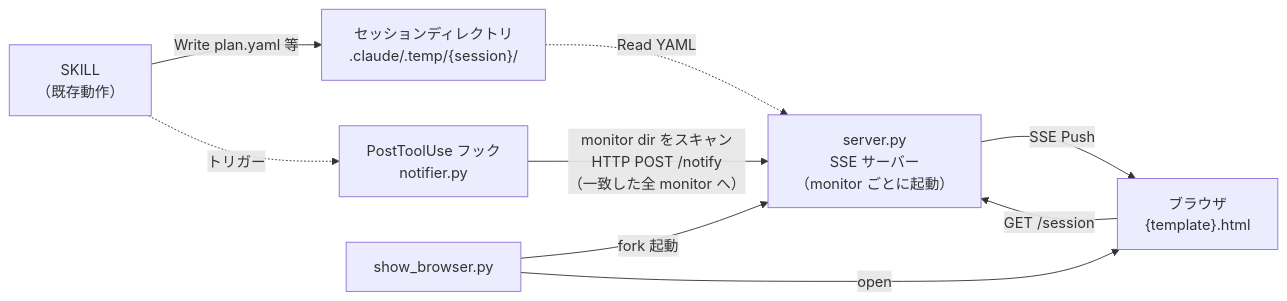
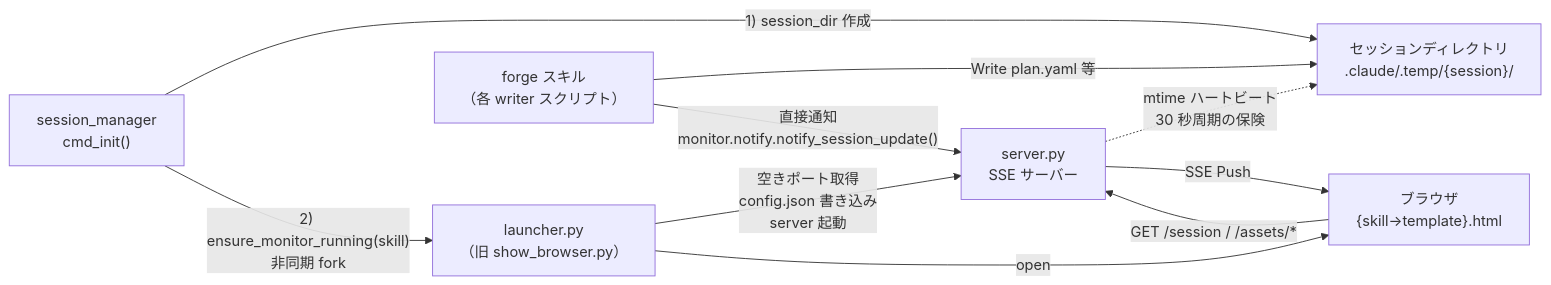
The first of 7 diagrams in docs/specs/forge/design/DES-012_show_browser_design.md (BlueEventHorizon/bw-cc-plugins), drawn with Mermaid before and after one commit. The commit also changed other lines of this file and 40 other files, not shown here.

Commit message:
fix: show-browser

````diff
--- a/docs/specs/forge/design/DES-012_show_browser_design.md
+++ b/docs/specs/forge/design/DES-012_show_browser_design.md
@@ -36,15 +55,13 @@
 ```mermaid
 flowchart LR
-    SKILL["SKILL<br>（既存動作）"] -->|"Write plan.yaml 等"| SESSION["セッションディレクトリ<br>.claude/.temp/{session}/"]
+    SM["session_manager<br>cmd_init()"] -->|"1) session_dir 作成"| SESSION["セッションディレクトリ<br>.claude/.temp/{session}/"]
+    SM -->|"2) ensure_monitor_running(skill)<br>非同期 fork"| L["launcher.py<br>（旧 show_browser.py）"]
+    L -->|"空きポート取得<br>config.json 書き込み<br>server 起動"| SV["server.py<br>SSE サーバー"]
+    L -->|"open"| BROWSER["ブラウザ<br>{skill→template}.html"]
 
-    HOOK["PostToolUse フック<br>notifier.py"] -->|"monitor dir をスキャン<br>HTTP POST /notify<br>（一致した全 monitor へ）"| SERVER["server.py<br>SSE サーバー<br>（monitor ごとに起動）"]
-
-    SESSION -.->|"Read YAML"| SERVER
-    SERVER -->|"SSE Push"| BROWSER["ブラウザ<br>{template}.html"]
-    BROWSER -->|"GET /session"| SERVER
-
-    SB["show_browser.py"] -->|"fork 起動"| SERVER
-    SB -->|"open"| BROWSER
-
-    SKILL -.->|"トリガー"| HOOK
+    SKILL["forge スキル<br>（各 writer スクリプト）"] -->|"Write plan.yaml 等"| SESSION
+    SKILL -->|"直接通知<br>monitor.notify.notify_session_update()"| SV
+    SV -.->|"mtime ハートビート<br>30 秒周期の保険"| SESSION
+    SV -->|"SSE Push"| BROWSER
+    BROWSER -->|"GET /session / /assets/*"| SV
 ```
````
